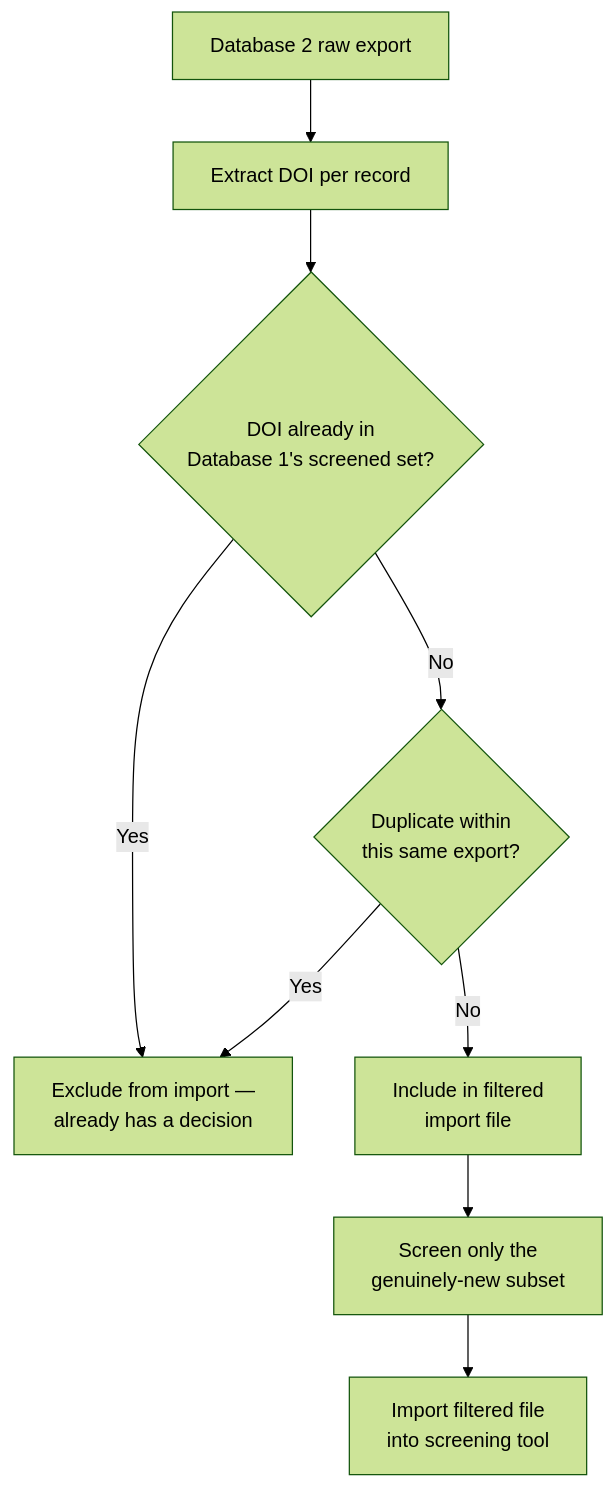
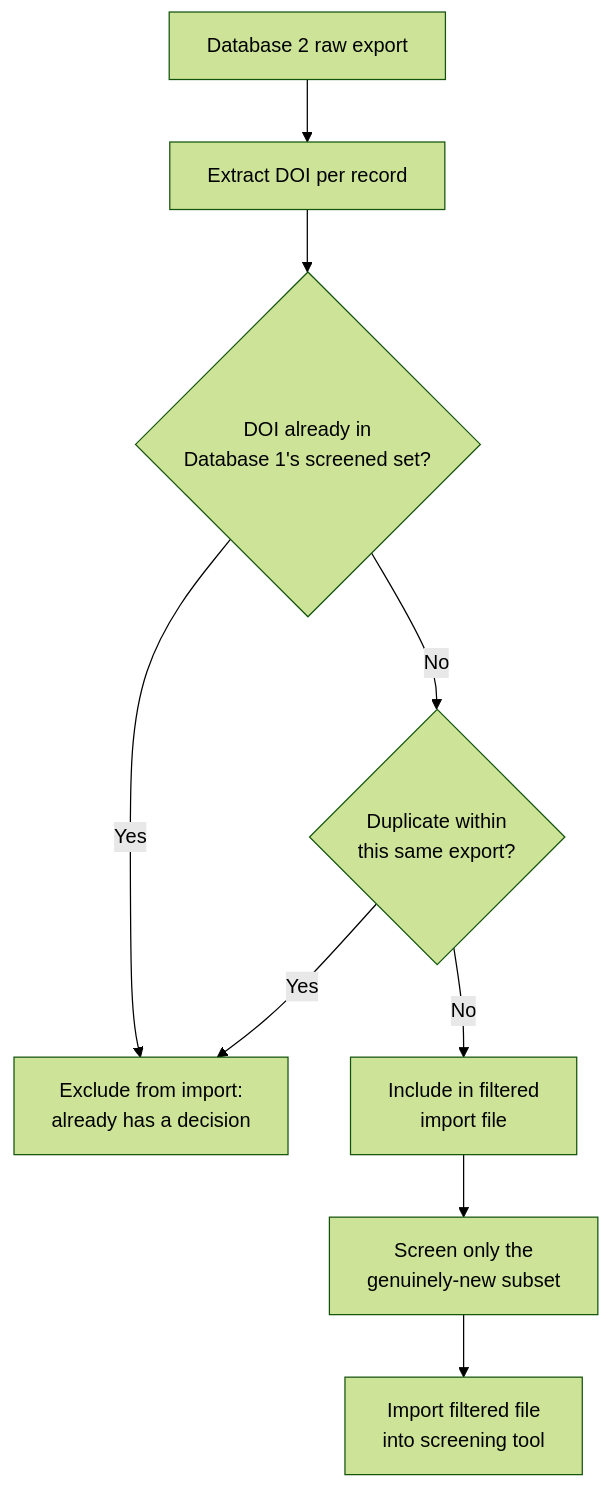
The first of 3 diagrams in dedup-strategies.md (barah123/Sytematic-review-search-strategy-for-popular-databases), drawn with Mermaid (forest theme) before and after one commit. The commit also changed other lines of this file and 6 other files, not shown here.

````diff
--- a/dedup-strategies.md
+++ b/dedup-strategies.md
@@ -14,11 +14,11 @@
 ```mermaid
 flowchart TD
     A[Database 2 raw export] --> B[Extract DOI per record]
     B --> C{DOI already in\nDatabase 1's screened set?}
-    C -->|Yes| D[Exclude from import —\nalready has a decision]
+    C -->|Yes| D["Exclude from import:\nalready has a decision"]
     C -->|No| E{Duplicate within\nthis same export?}
     E -->|Yes| D
     E -->|No| F[Include in filtered\nimport file]
     F --> G[Screen only the\ngenuinely-new subset]
     G --> H[Import filtered file\ninto screening tool]
 ```
````
